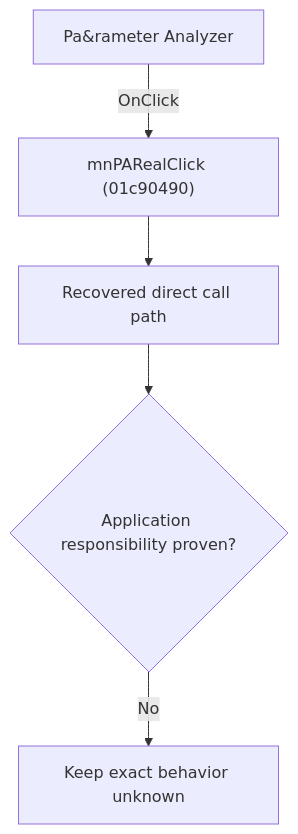
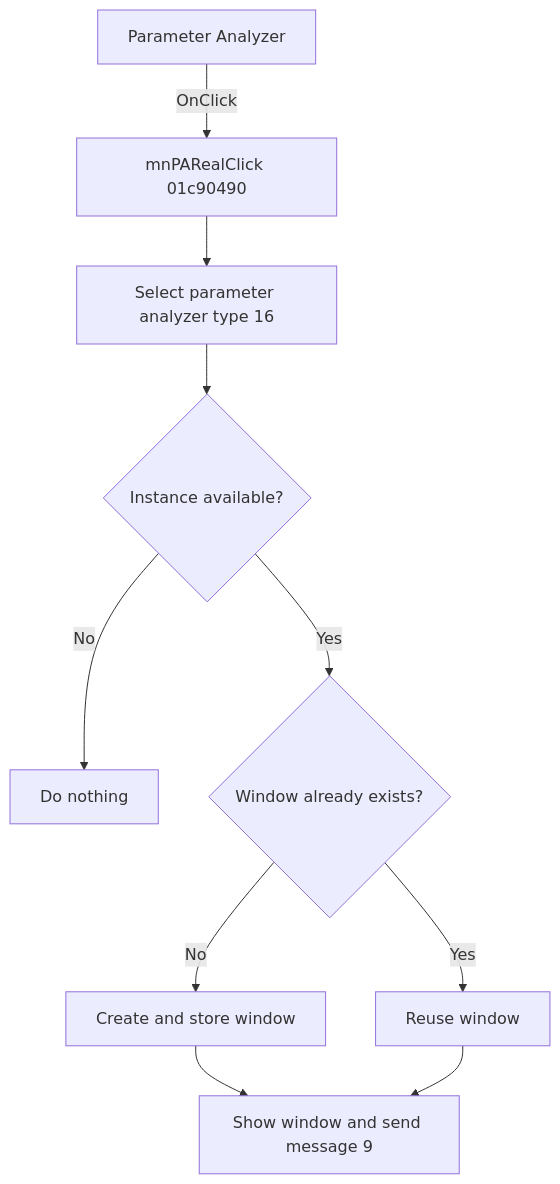
One commit to MovGP0/TIARA changed the diagram in docs/ui-controls/schematiceditor/parameteranalyzer-97ed30abee.md. Above: the diagram before and after it, drawn with Mermaid. The commit also changed other lines of this file and 241 other files, not shown here.

````diff
--- a/docs/ui-controls/schematiceditor/parameteranalyzer-97ed30abee.md
+++ b/docs/ui-controls/schematiceditor/parameteranalyzer-97ed30abee.md
@@ -27,7 +24,12 @@
 ```mermaid
 flowchart TD
-    control["Pa&rameter Analyzer"] -->|"OnClick"| handler["mnPARealClick (01c90490)"]
-    handler --> recovered["Recovered direct call path"]
-    recovered --> gap{"Application responsibility proven?"}
-    gap -->|"No"| blocked["Keep exact behavior unknown"]
+    control["Parameter Analyzer"] -->|"OnClick"| handler["mnPARealClick 01c90490"]
+    handler --> coordinator["Select parameter analyzer type 16"]
+    coordinator --> available{"Instance available?"}
+    available -->|"No"| noOp["Do nothing"]
+    available -->|"Yes"| slot{"Window already exists?"}
+    slot -->|"No"| create["Create and store window"]
+    slot -->|"Yes"| reuse["Reuse window"]
+    create --> show["Show window and send message 9"]
+    reuse --> show
 ```
````
